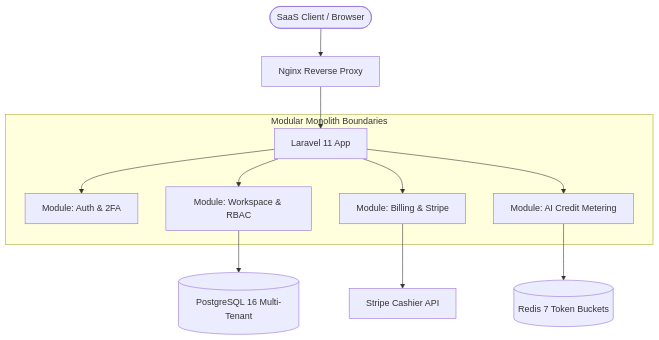
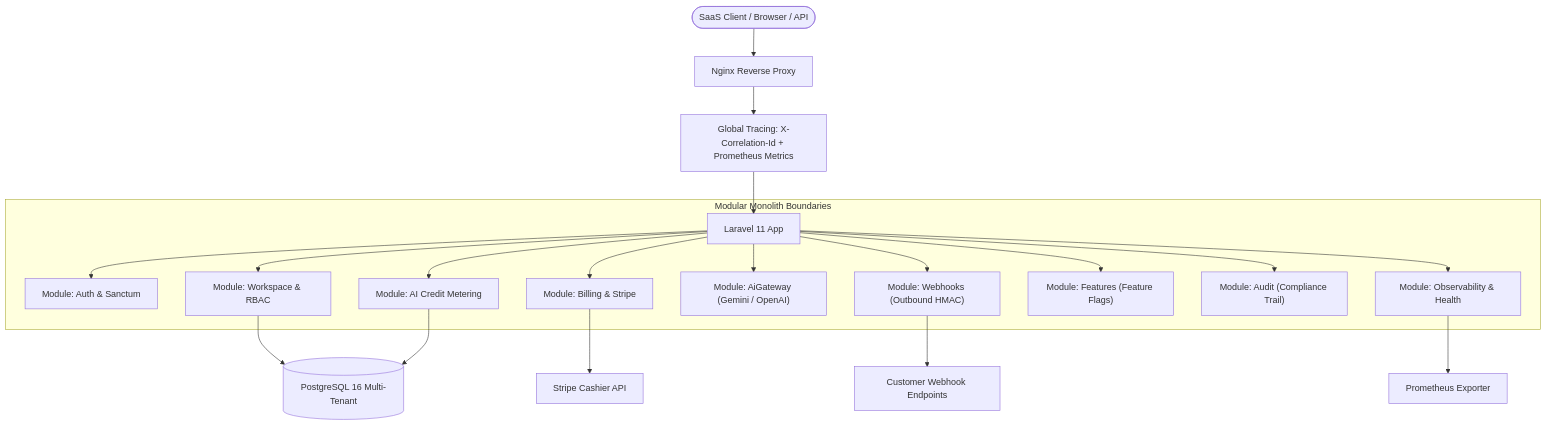
One commit to akmtech00-hash/saas-mvp-modular-boilerplate changed the diagram in README.md. Above: the diagram before and after it, drawn with Mermaid. The commit also changed other lines of this file and 51 other files, not shown here.

````diff
--- a/README.md
+++ b/README.md
@@ -27,16 +33,24 @@
 ```mermaid
 graph TD
-    User([SaaS Client / Browser]) --> Nginx[Nginx Reverse Proxy]
-    Nginx --> LaravelApp[Laravel 11 App]
+    User([SaaS Client / Browser / API]) --> Nginx[Nginx Reverse Proxy]
+    Nginx --> GlobalStack["Global Tracing: X-Correlation-Id + Prometheus Metrics"]
+    GlobalStack --> LaravelApp[Laravel 11 App]
     
     subgraph Modular Monolith Boundaries
-        LaravelApp --> AuthMod[Module: Auth & 2FA]
-        LaravelApp --> WsMod[Module: Workspace & RBAC]
-        LaravelApp --> BillMod[Module: Billing & Stripe]
-        LaravelApp --> MeterMod[Module: AI Credit Metering]
+        LaravelApp --> AuthMod["Module: Auth & Sanctum"]
+        LaravelApp --> WsMod["Module: Workspace & RBAC"]
+        LaravelApp --> BillMod["Module: Billing & Stripe"]
+        LaravelApp --> MeterMod["Module: AI Credit Metering"]
+        LaravelApp --> AiGateMod["Module: AiGateway (Gemini / OpenAI)"]
+        LaravelApp --> WebhookMod["Module: Webhooks (Outbound HMAC)"]
+        LaravelApp --> FlagMod["Module: Features (Feature Flags)"]
+        LaravelApp --> AuditMod["Module: Audit (Compliance Trail)"]
+        LaravelApp --> MonitorMod["Module: Observability & Health"]
     end
 
     WsMod --> Postgres[(PostgreSQL 16 Multi-Tenant)]
     BillMod --> StripeAPI[Stripe Cashier API]
-    MeterMod --> RedisKV[(Redis 7 Token Buckets)]
+    MeterMod --> Postgres
+    WebhookMod --> CustomerApp[Customer Webhook Endpoints]
+    MonitorMod --> Prom[Prometheus Exporter]
 ```
````
